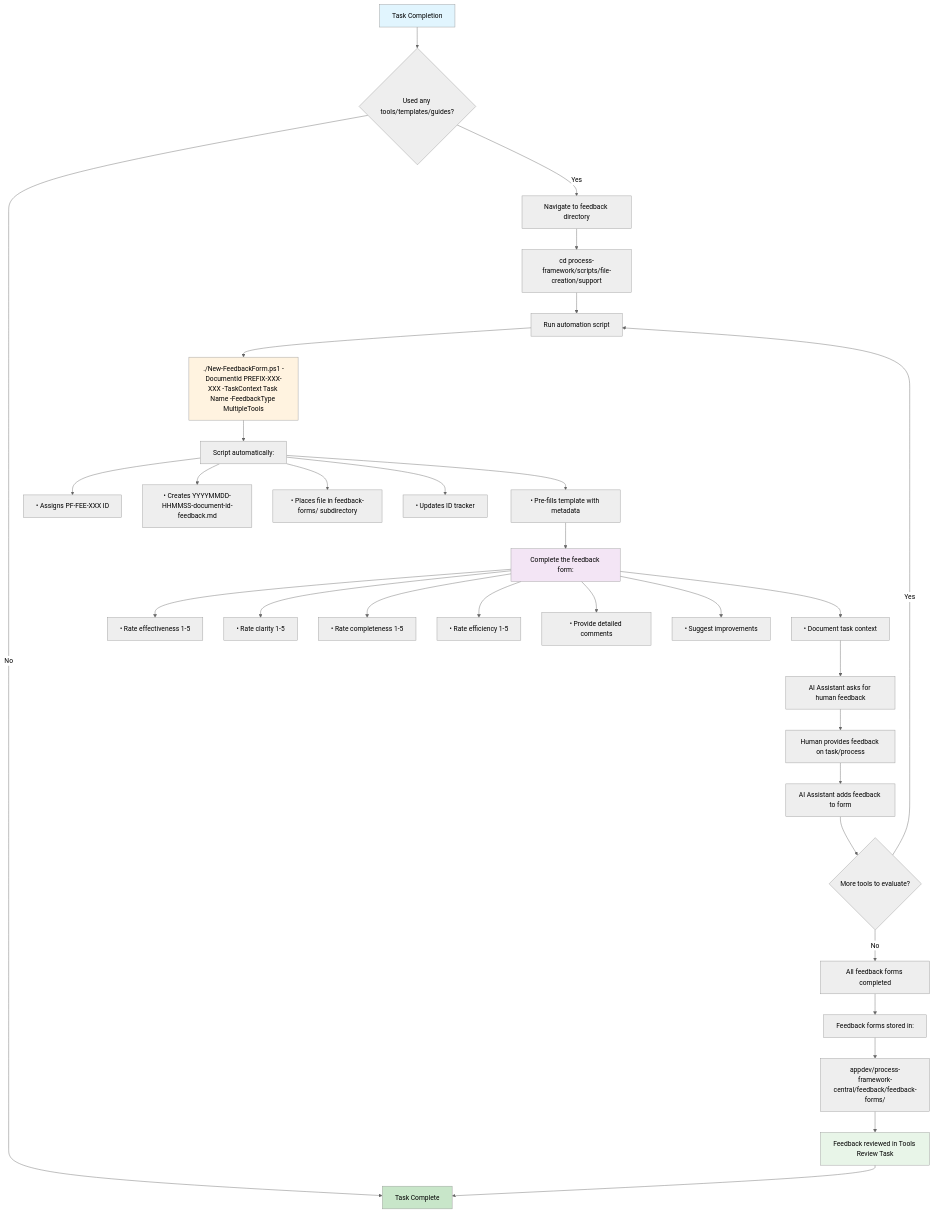
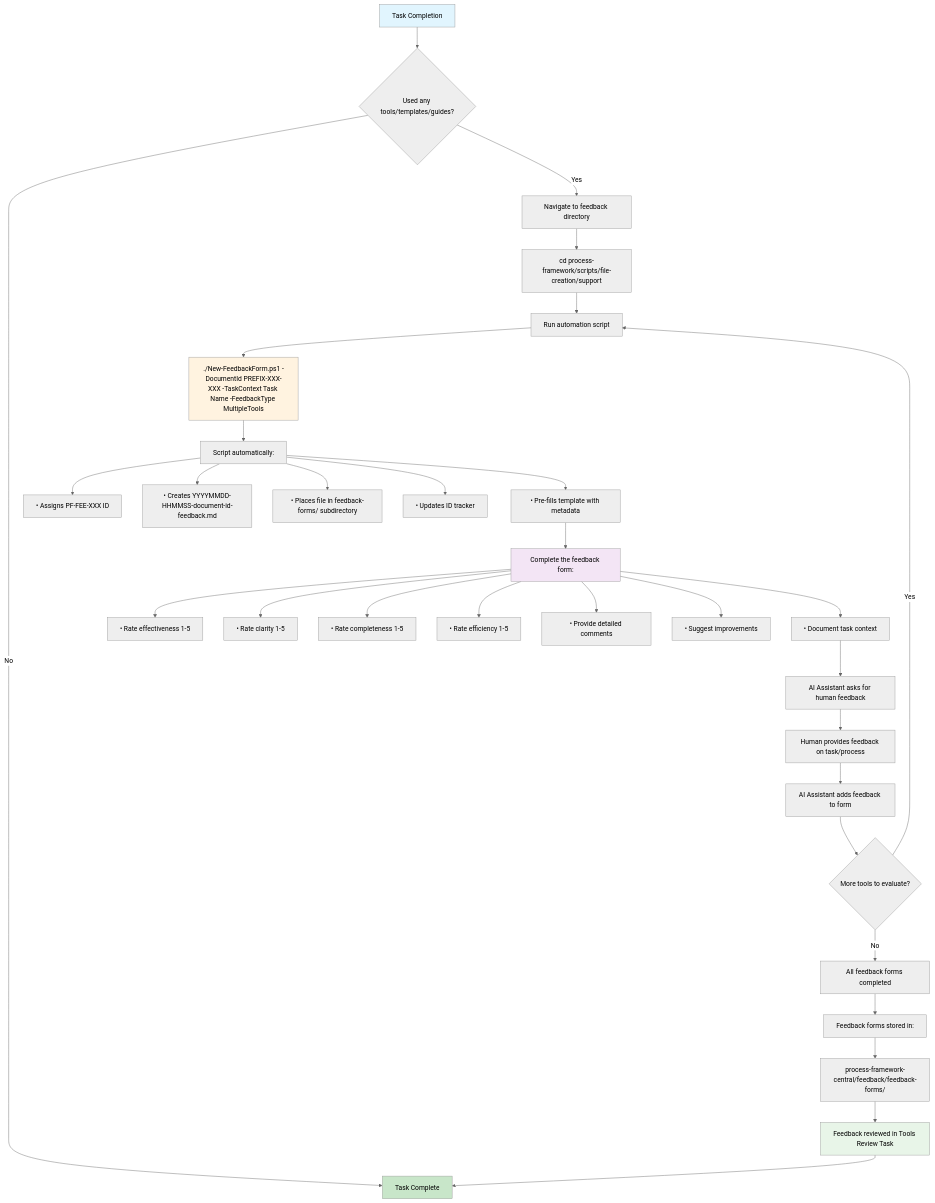
Before and after one commit to Abtomation/LinkWatcher: the diagram in process-framework/visualization/process-flows/feedback-process-flowchart.md, drawn with Mermaid (neutral theme). The commit also changed other lines of this file and 410 other files, not shown here.

````diff
--- a/process-framework/visualization/process-flows/feedback-process-flowchart.md
+++ b/process-framework/visualization/process-flows/feedback-process-flowchart.md
@@ -18,45 +19,45 @@
 ```mermaid
 flowchart TD
     A[Task Completion] --> B{Used any tools/templates/guides?}
     B -->|No| Z[Task Complete]
     B -->|Yes| C[Navigate to feedback directory]
 
     C --> D[cd process-framework/scripts/file-creation/support]
     D --> E[Run automation script]
     E --> F[./New-FeedbackForm.ps1 -DocumentId PREFIX-XXX-XXX -TaskContext Task Name -FeedbackType MultipleTools]
 
     F --> G[Script automatically:]
     G --> H[• Assigns PF-FEE-XXX ID]
     G --> I[• Creates YYYYMMDD-HHMMSS-document-id-feedback.md]
     G --> J[• Places file in feedback-forms/ subdirectory]
     G --> K[• Updates ID tracker]
     G --> L[• Pre-fills template with metadata]
 
     L --> M[Complete the feedback form:]
     M --> N[• Rate effectiveness 1-5]
     M --> O[• Rate clarity 1-5]
     M --> P[• Rate completeness 1-5]
     M --> Q[• Rate efficiency 1-5]
     M --> R[• Provide detailed comments]
     M --> S[• Suggest improvements]
     M --> T[• Document task context]
 
     T --> T1[AI Assistant asks for human feedback]
     T1 --> T2[Human provides feedback on task/process]
     T2 --> T3[AI Assistant adds feedback to form]
 
     T3 --> U{More tools to evaluate?}
     U -->|Yes| E
     U -->|No| V[All feedback forms completed]
 
     V --> W[Feedback forms stored in:]
-    W --> X[appdev/process-framework-central/feedback/feedback-forms/]
+    W --> X[process-framework-central/feedback/feedback-forms/]
     X --> Y[Feedback reviewed in Tools Review Task]
     Y --> Z[Task Complete]
 
     style A fill:#e1f5fe
     style Z fill:#c8e6c9
     style F fill:#fff3e0
     style M fill:#f3e5f5
     style Y fill:#e8f5e8
 ```
````
